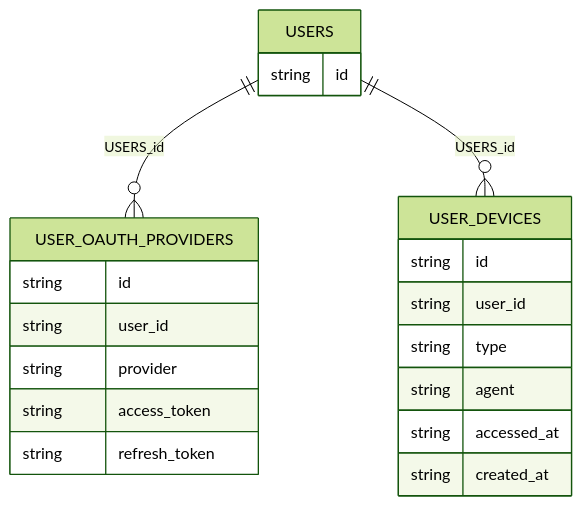
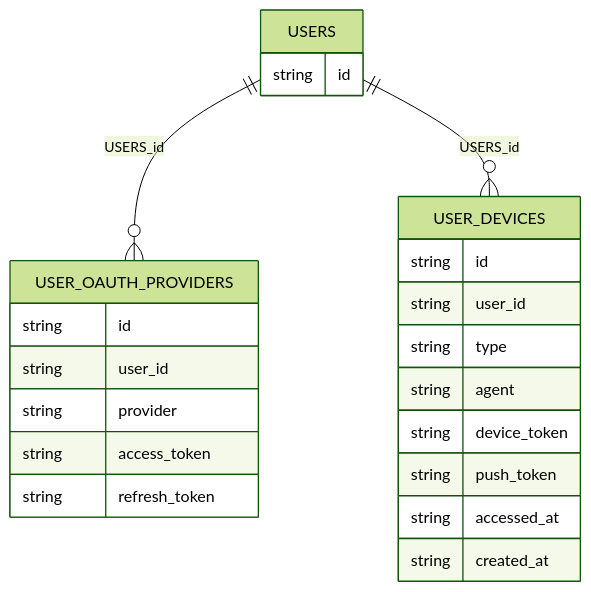
The first of 3 diagrams in UMLs.md (sundaytycoon/buttons-api), drawn with Mermaid (forest theme) before and after one commit. The commit also changed other lines of this file and 25 other files, not shown here.

````diff
--- a/UMLs.md
+++ b/UMLs.md
@@ -3,23 +3,25 @@
 ```mermaid
 erDiagram
     USER_OAUTH_PROVIDERS {
         string id
         string user_id
         string provider
         string access_token
         string refresh_token
    }
     USERS ||--o{ USER_OAUTH_PROVIDERS : USERS_id
     USERS {
         string id
     }
     USERS ||--o{ USER_DEVICES : USERS_id
     USER_DEVICES {
         string id
         string user_id
         string type
         string agent
+        string device_token
+        string push_token
         string accessed_at
         string created_at
     }
 ```
````
